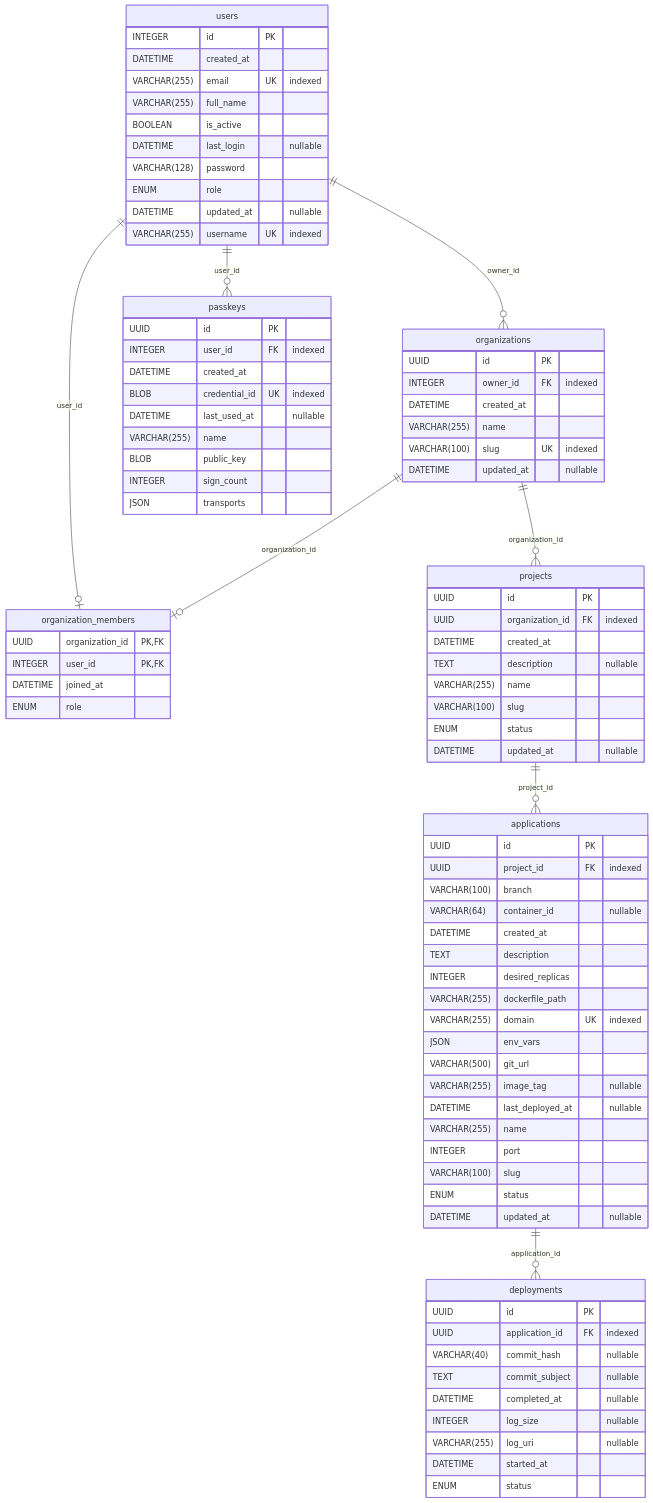
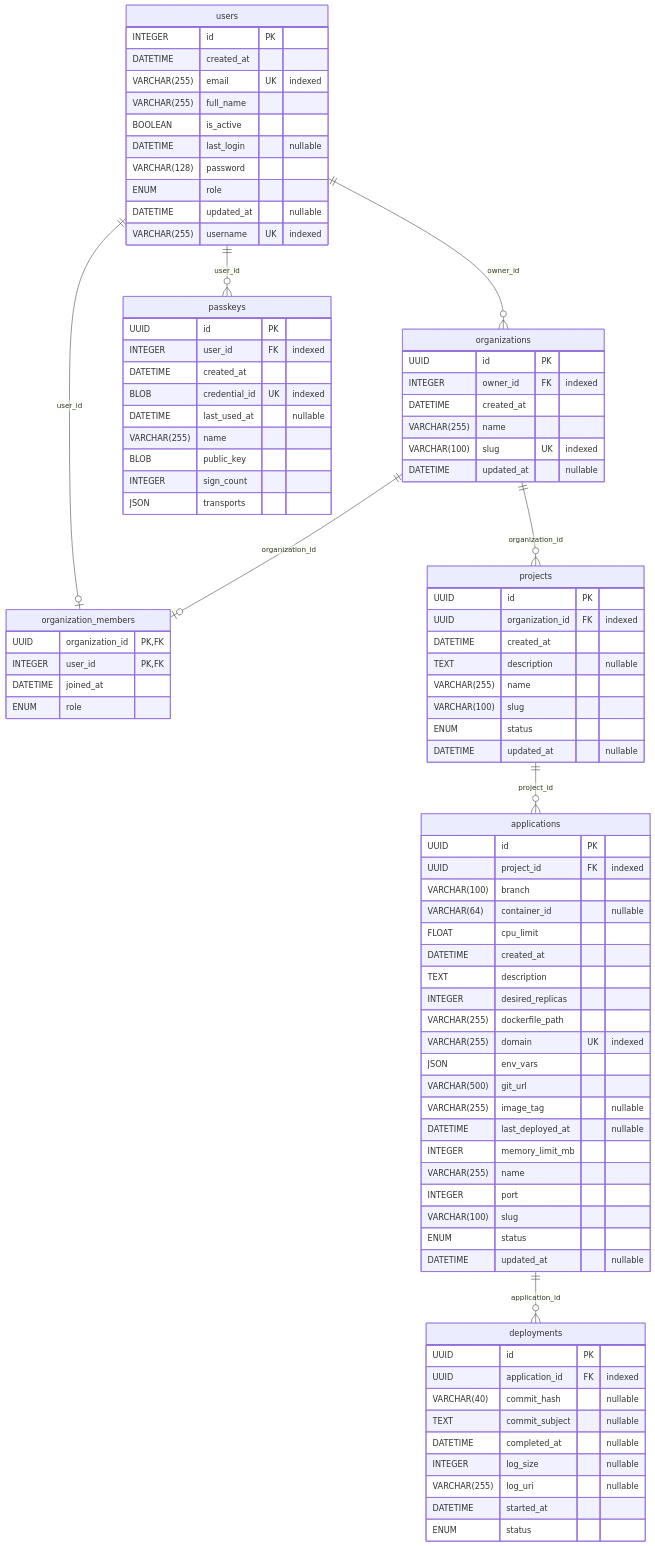
The diagram in backend/docs/models.md (armirshehaj/deplocker), drawn with Mermaid before and after one commit. The commit also changed other lines of this file and 9 other files, not shown here.

First line of the commit message:
feat(docker): hold each application's container to memory and CPU limits

```diff
--- a/backend/docs/models.md
+++ b/backend/docs/models.md
@@ -37,6 +37,7 @@
     UUID project_id FK "indexed"
     VARCHAR(100) branch
     VARCHAR(64) container_id "nullable"
+    FLOAT cpu_limit
     DATETIME created_at
     TEXT description
     INTEGER desired_replicas
@@ -46,6 +47,7 @@
     VARCHAR(500) git_url
     VARCHAR(255) image_tag "nullable"
     DATETIME last_deployed_at "nullable"
+    INTEGER memory_limit_mb
     VARCHAR(255) name
     INTEGER port
     VARCHAR(100) slug
```
